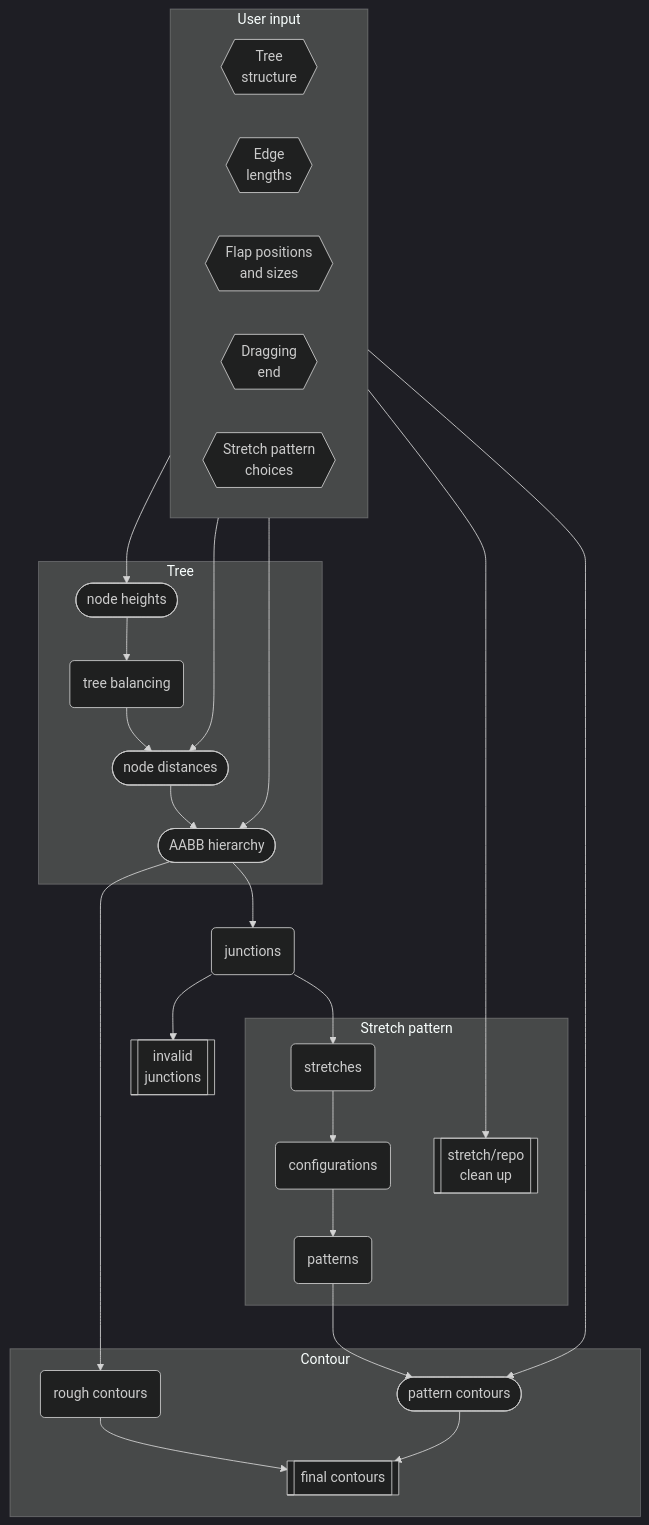
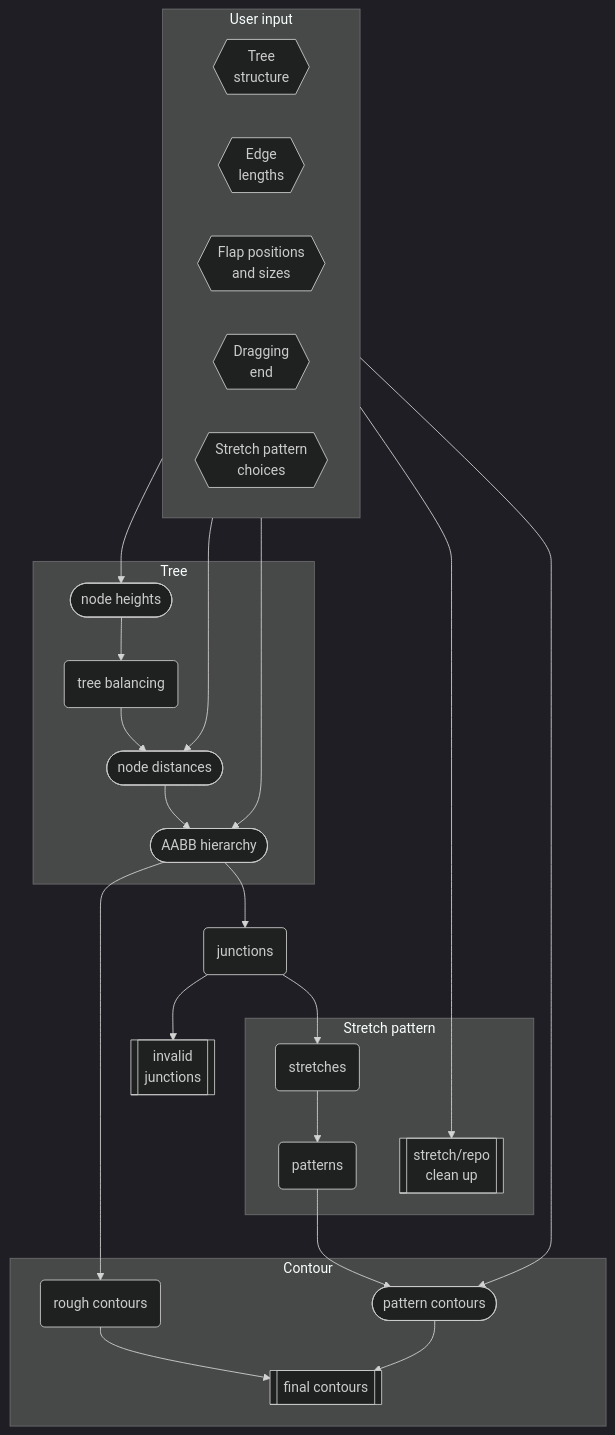
The diagram in src/core/README.md (bp-studio/box-pleating-studio), drawn with Mermaid (dark theme) before and after one commit. The commit also changed 8 other files, not shown here.

````diff
--- a/src/core/README.md
+++ b/src/core/README.md
@@ -16,38 +16,37 @@
 ```mermaid
 flowchart TB
 subgraph User input
 	direction LR
 	T{{Tree\nstructure}}
 	L{{Edge\nlengths}}
 	F{{Flap positions\nand sizes}}
 	D{{Dragging\nend}}
 	P{{Stretch pattern\nchoices}}
 end
 subgraph Tree
 	h([node heights])
 	b(tree balancing)
 	d([node distances])
 	a([AABB hierarchy])
 end
 j(junctions)
 i[[invalid\njunctions]]
 subgraph Stretch pattern
 	s(stretches)
 	sc[[stretch/repo\nclean up]]
-	c(configurations)
 	p(patterns)
 end
 subgraph Contour
 	rc(rough contours)
 	pc([pattern contours])
 	fc[[final contours]]
 end
 
 T --> h --> b
 b & L --> d
 d & F --> a --> rc --> fc
 a --> j --> i & s
 D --------> sc
-s --> c --> p
+s --> p
 p & P --> pc --> fc
 ```
````
